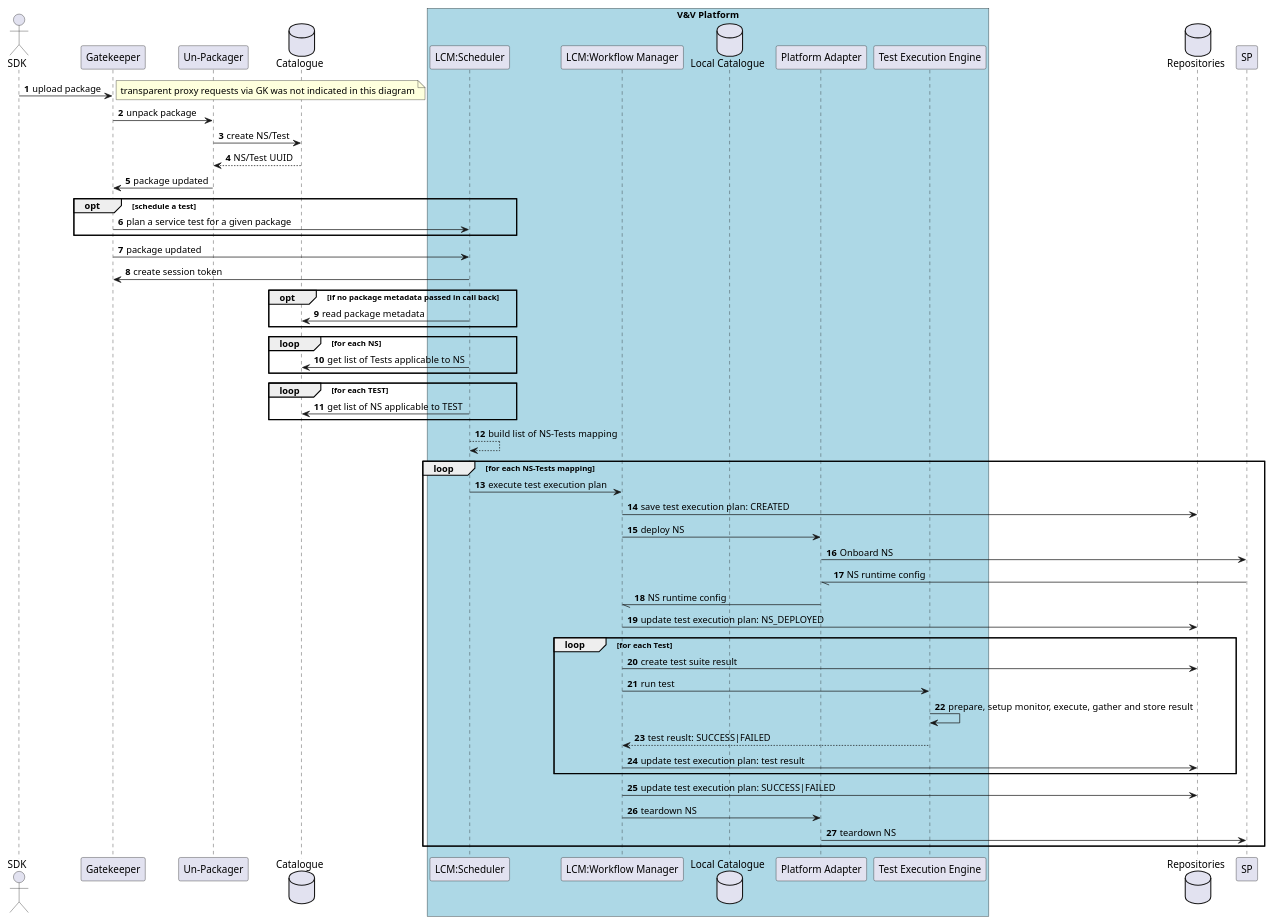
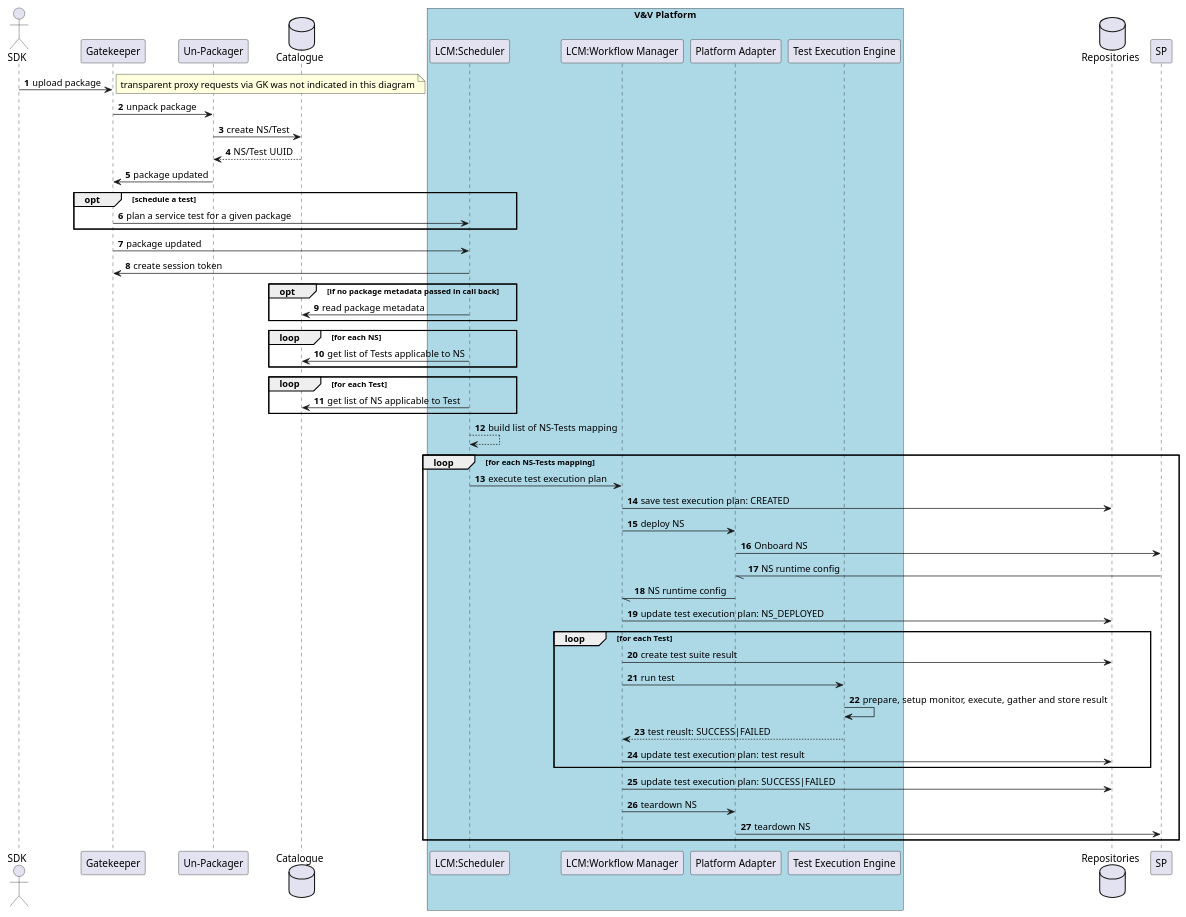
Before and after one commit to sonata-nfv/tng-vnv-lcm: the diagram in src/docs/developer-guide/extensions/overview/document-begin-text.adoc, drawn with PlantUML.

Commit message:
Updated sequence

```diff
--- a/src/docs/developer-guide/extensions/overview/document-begin-text.adoc
+++ b/src/docs/developer-guide/extensions/overview/document-begin-text.adoc
@@ -3,67 +3,68 @@
 [plantuml,tng-vnv-lcm]
 ----
 
 @startuml
 autonumber
 
 actor "SDK" as SDK
 participant "Gatekeeper" as GK
 participant "Un-Packager" as PKG
 database "Catalogue" as CAT
 box "V&V Platform" #LightBlue
-	participant "LCM:Scheduler" as Scheduler
-	participant "LCM:Workflow Manager" as WFE
-	database "Local Catalogue" as LoCat
+    participant "LCM:Scheduler" as Scheduler
+    participant "LCM:Workflow Manager" as WFE
+'     database "Local Catalogue" as LoCat
+'     todo we need to add the flows around the LoCat above
     participant "Platform Adapter" as PA
     participant "Test Execution Engine" as TEE
 end box
 database "Repositories" as TRR
 participant "SP" as TPM
 
 SDK -> GK : upload package
 note right : transparent proxy requests via GK was not indicated in this diagram
 GK -> PKG : unpack package
 PKG -> CAT : create NS/Test
 CAT --> PKG : NS/Test UUID
 PKG -> GK : package updated
 
 opt schedule a test
     GK -> Scheduler : plan a service test for a given package
 end
 GK -> Scheduler : package updated
 Scheduler -> GK : create session token
 opt if no package metadata passed in call back
     Scheduler -> CAT : read package metadata
 end
 loop for each NS
       Scheduler -> CAT : get list of Tests applicable to NS
 end
-loop for each TEST
-      Scheduler -> CAT : get list of NS applicable to TEST
+loop for each Test
+      Scheduler -> CAT : get list of NS applicable to Test
 end
 Scheduler --> Scheduler : build list of NS-Tests mapping
 
 
 loop for each NS-Tests mapping
         Scheduler -> WFE : execute test execution plan
         WFE -> TRR : save test execution plan: CREATED
         WFE -> PA : deploy NS
         PA -> TPM : Onboard NS
         PA \\- TPM : NS runtime config
         WFE \\- PA : NS runtime config
         WFE -> TRR : update test execution plan: NS_DEPLOYED
         loop for each Test
               WFE -> TRR : create test suite result
               WFE -> TEE : run test
               TEE -> TEE : prepare, setup monitor, execute, gather and store result
               TEE --> WFE : test reuslt: SUCCESS|FAILED
               WFE -> TRR : update test execution plan: test result
         end
         WFE -> TRR : update test execution plan: SUCCESS|FAILED
         WFE -> PA : teardown NS
         PA -> TPM : teardown NS
 end
 
 @enduml
 
 ----
```
